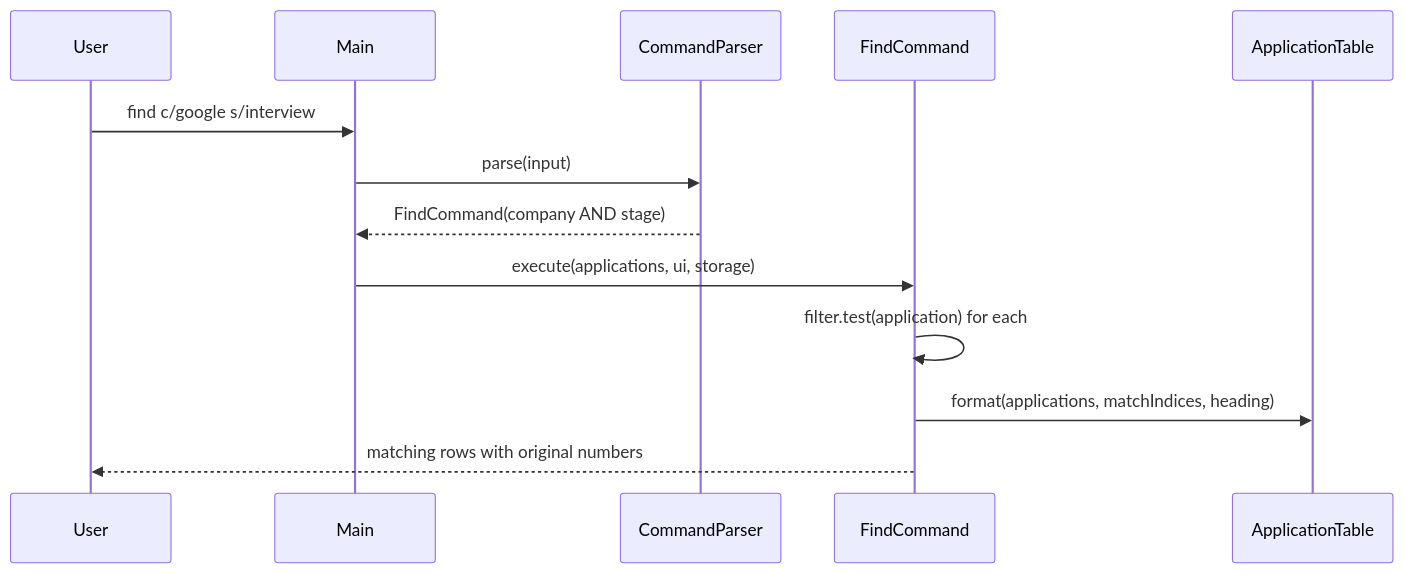
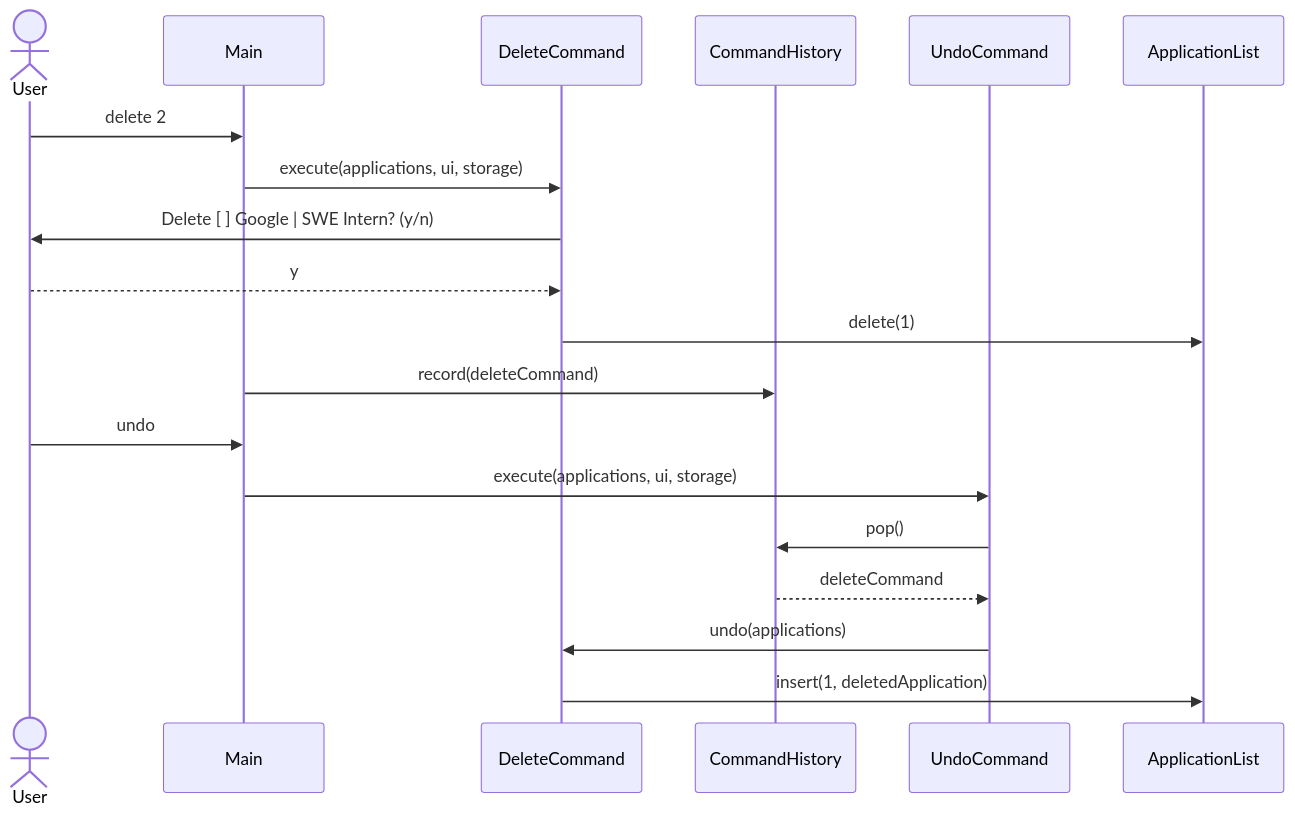
Diagram 13 of 16 in docs/DeveloperGuide.md (AY2627S1-CS2113-T10-2/tp), drawn with Mermaid before and after one commit. The commit also changed other lines of this file and 2 other files, not shown here.

Commit message:
Fix UG and DG to match the code, repair the corrupted undo/find section, and fill in product scope, NFRs and manual tests

````diff
--- a/docs/DeveloperGuide.md
+++ b/docs/DeveloperGuide.md
@@ -474,15 +525,21 @@
 ```mermaid
 sequenceDiagram
-    participant User
+    actor User
     participant Main
-    participant CommandParser
-    participant FindCommand
-    participant ApplicationTable
-    User->>Main: find c/google s/interview
-    Main->>CommandParser: parse(input)
-    CommandParser-->>Main: FindCommand(company AND stage)
-    Main->>FindCommand: execute(applications, ui, storage)
-    FindCommand->>FindCommand: filter.test(application) for each
-    FindCommand->>ApplicationTable: format(applications, matchIndices, heading)
-    FindCommand-->>User: matching rows with original numbers
+    participant DeleteCommand
+    participant CommandHistory
+    participant UndoCommand
+    participant ApplicationList
+    User->>Main: delete 2
+    Main->>DeleteCommand: execute(applications, ui, storage)
+    DeleteCommand->>User: Delete [ ] Google | SWE Intern? (y/n)
+    User-->>DeleteCommand: y
+    DeleteCommand->>ApplicationList: delete(1)
+    Main->>CommandHistory: record(deleteCommand)
+    User->>Main: undo
+    Main->>UndoCommand: execute(applications, ui, storage)
+    UndoCommand->>CommandHistory: pop()
+    CommandHistory-->>UndoCommand: deleteCommand
+    UndoCommand->>DeleteCommand: undo(applications)
+    DeleteCommand->>ApplicationList: insert(1, deletedApplication)
 ```
````
